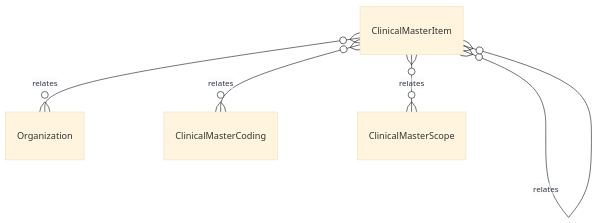
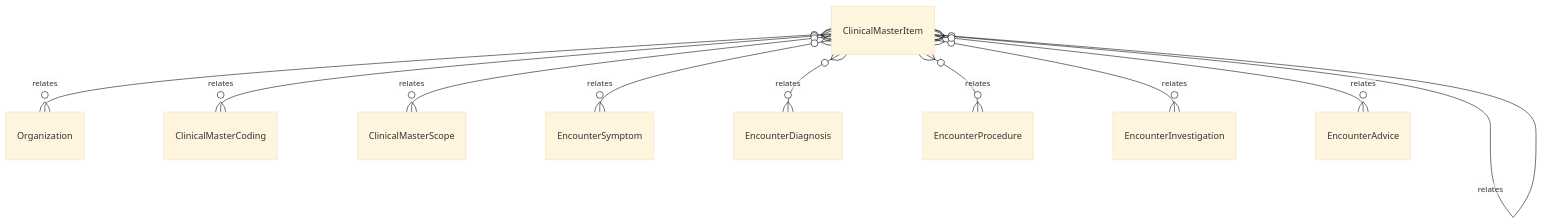
One commit to tejasnirala/rcln changed the diagram in .kb/Database/ClinicalMasterItem.md. Above: the diagram before and after it, drawn with Mermaid (base theme). The commit also changed other lines of this file and 109 other files, not shown here.

````diff
--- a/.kb/Database/ClinicalMasterItem.md
+++ b/.kb/Database/ClinicalMasterItem.md
@@ -52,7 +57,12 @@
 ```mermaid
 erDiagram
     ClinicalMasterItem }o--o{ Organization : relates
     ClinicalMasterItem }o--o{ ClinicalMasterItem : relates
     ClinicalMasterItem }o--o{ ClinicalMasterCoding : relates
     ClinicalMasterItem }o--o{ ClinicalMasterScope : relates
+    ClinicalMasterItem }o--o{ EncounterSymptom : relates
+    ClinicalMasterItem }o--o{ EncounterDiagnosis : relates
+    ClinicalMasterItem }o--o{ EncounterProcedure : relates
+    ClinicalMasterItem }o--o{ EncounterInvestigation : relates
+    ClinicalMasterItem }o--o{ EncounterAdvice : relates
 ```
````
